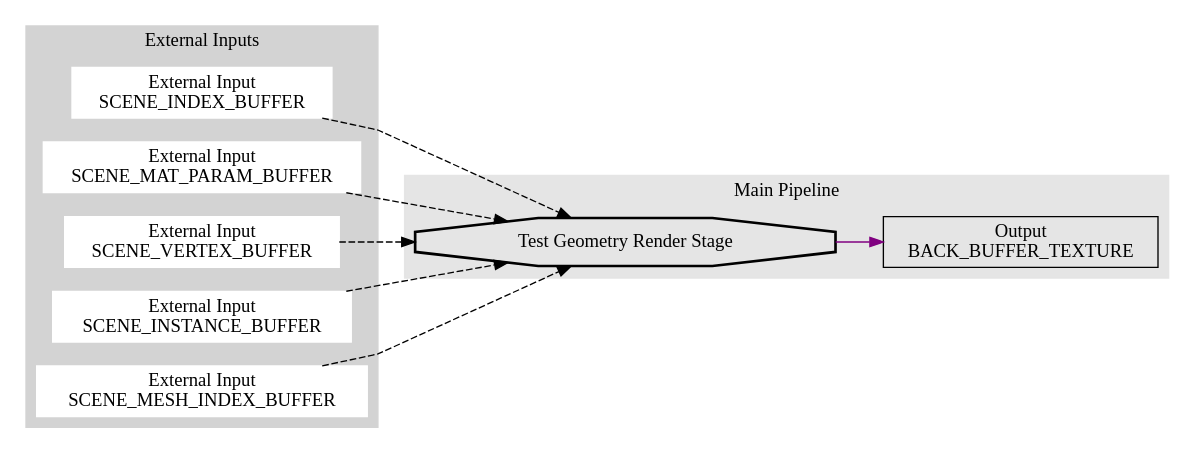
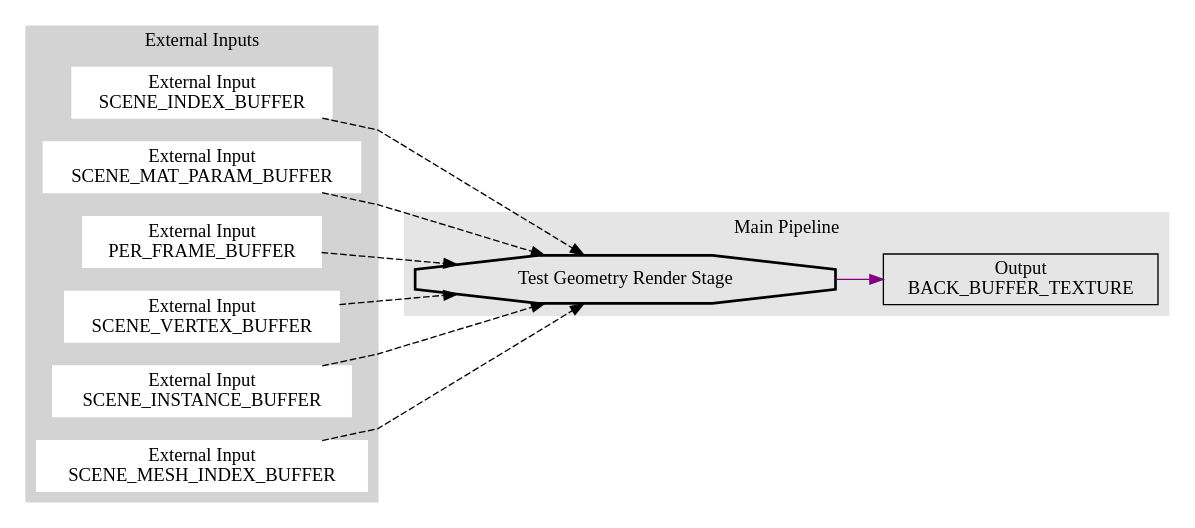
Before and after one commit to IbexOmega/CrazyCanvas: the diagram in Sandbox/complete_test_render_graph.dot, drawn with Graphviz. The commit also changed 29 other files, not shown here.

```diff
--- a/Sandbox/complete_test_render_graph.dot
+++ b/Sandbox/complete_test_render_graph.dot
@@ -1,30 +1,31 @@
 digraph G {
 	rankdir = LR;
 	splines=polyline
 	subgraph cluster0 {
 		node [style=filled,color=white];
 		style = filled;
 		color = lightgrey;
 		label = "Temporal Inputs";
 	}
 	subgraph cluster1 {
 		node [style=filled,color=white];
 		style = filled;
 		color = lightgrey;
 		label = "External Inputs";
 		eia2 [shape=box,label="External Input\nSCENE_INDEX_BUFFER"];
 		eia0 [shape=box,label="External Input\nSCENE_MAT_PARAM_BUFFER"];
+		eia5 [shape=box,label="External Input\nPER_FRAME_BUFFER"];
 		eia1 [shape=box,label="External Input\nSCENE_VERTEX_BUFFER"];
 		eia3 [shape=box,label="External Input\nSCENE_INSTANCE_BUFFER"];
 		eia4 [shape=box,label="External Input\nSCENE_MESH_INDEX_BUFFER"];
 	}
 	subgraph cluster2 {
 		style = filled;
 		color = gray90;
 		label = "Main Pipeline";
 		rs0 [shape=octagon,style=bold,label="Test Geometry Render Stage"];
-		oa5 [shape=box,label="Output\nBACK_BUFFER_TEXTURE"];
+		oa6 [shape=box,label="Output\nBACK_BUFFER_TEXTURE"];
 	}
-	{eia0, eia1, eia2, eia3, eia4} -> rs0[style=dashed];
-	rs0 -> oa5[color=purple];
+	{eia0, eia1, eia2, eia3, eia4, eia5} -> rs0[style=dashed];
+	rs0 -> oa6[color=purple];
 }
```
